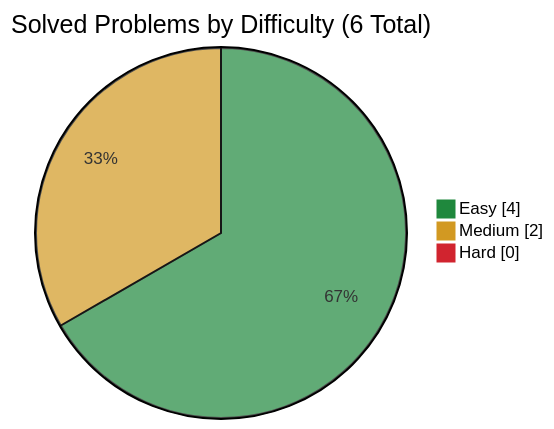
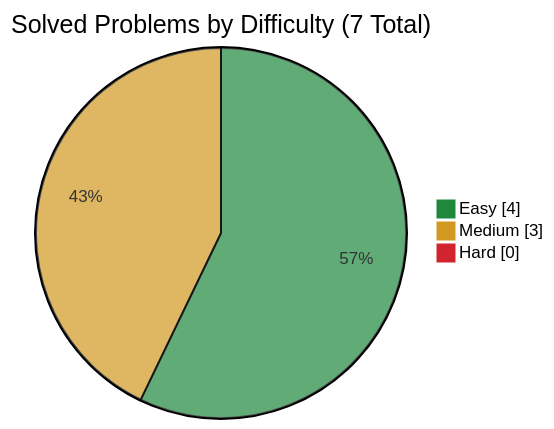
Before and after one commit to simonesiega/leetcode-solutions: the diagram in companies/amazon/README.md, drawn with Mermaid. The commit also changed other lines of this file and 4 other files, not shown here.

````diff
--- a/companies/amazon/README.md
+++ b/companies/amazon/README.md
@@ -17,8 +17,8 @@
 ```mermaid
 %%{init: {"themeVariables": {"pie1": "#1f883d", "pie2": "#d29922", "pie3": "#d1242f"}}}%%
 pie showData
-    title Solved Problems by Difficulty (6 Total)
+    title Solved Problems by Difficulty (7 Total)
     "Easy" : 4
-    "Medium" : 2
+    "Medium" : 3
     "Hard" : 0
 ```
````
